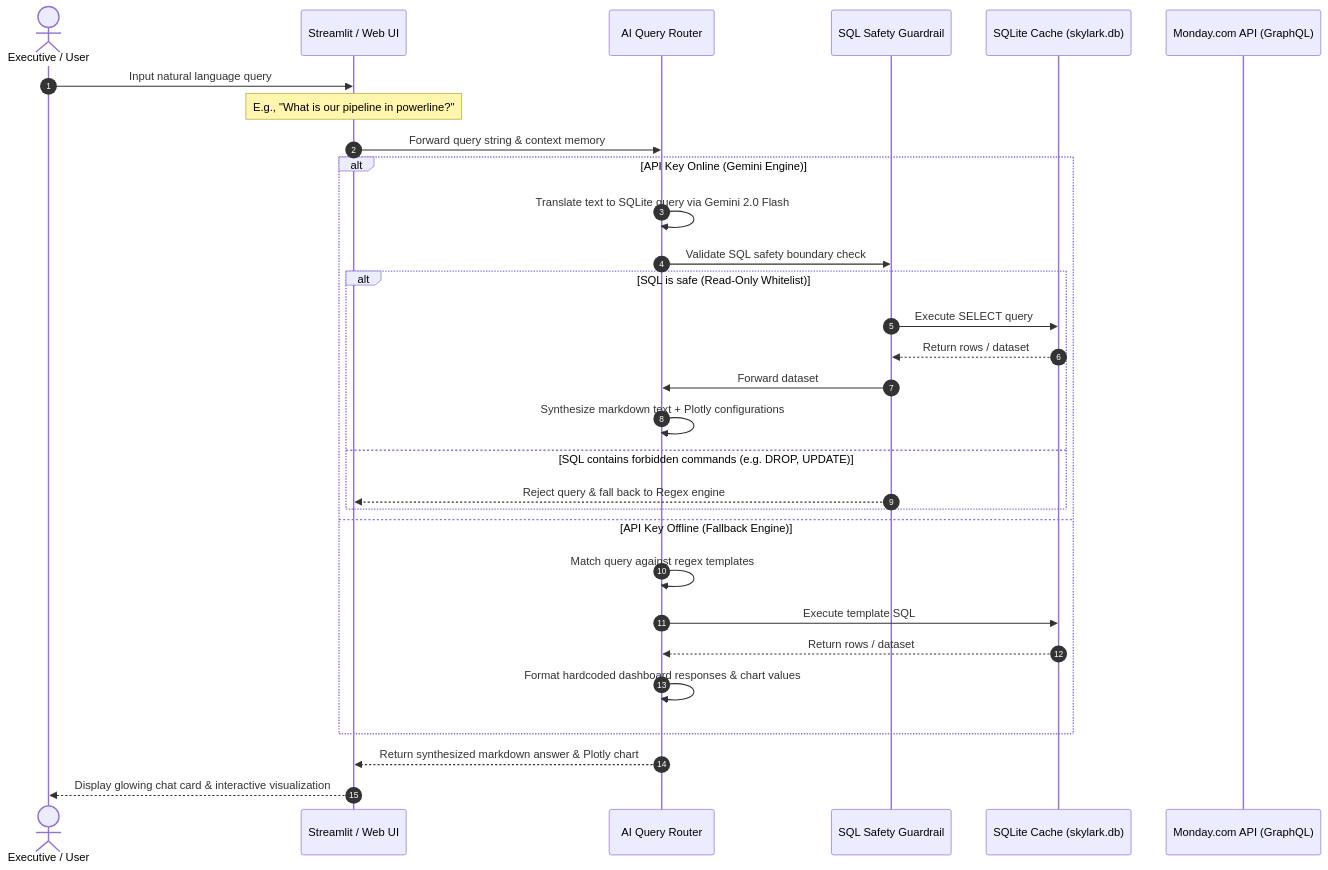
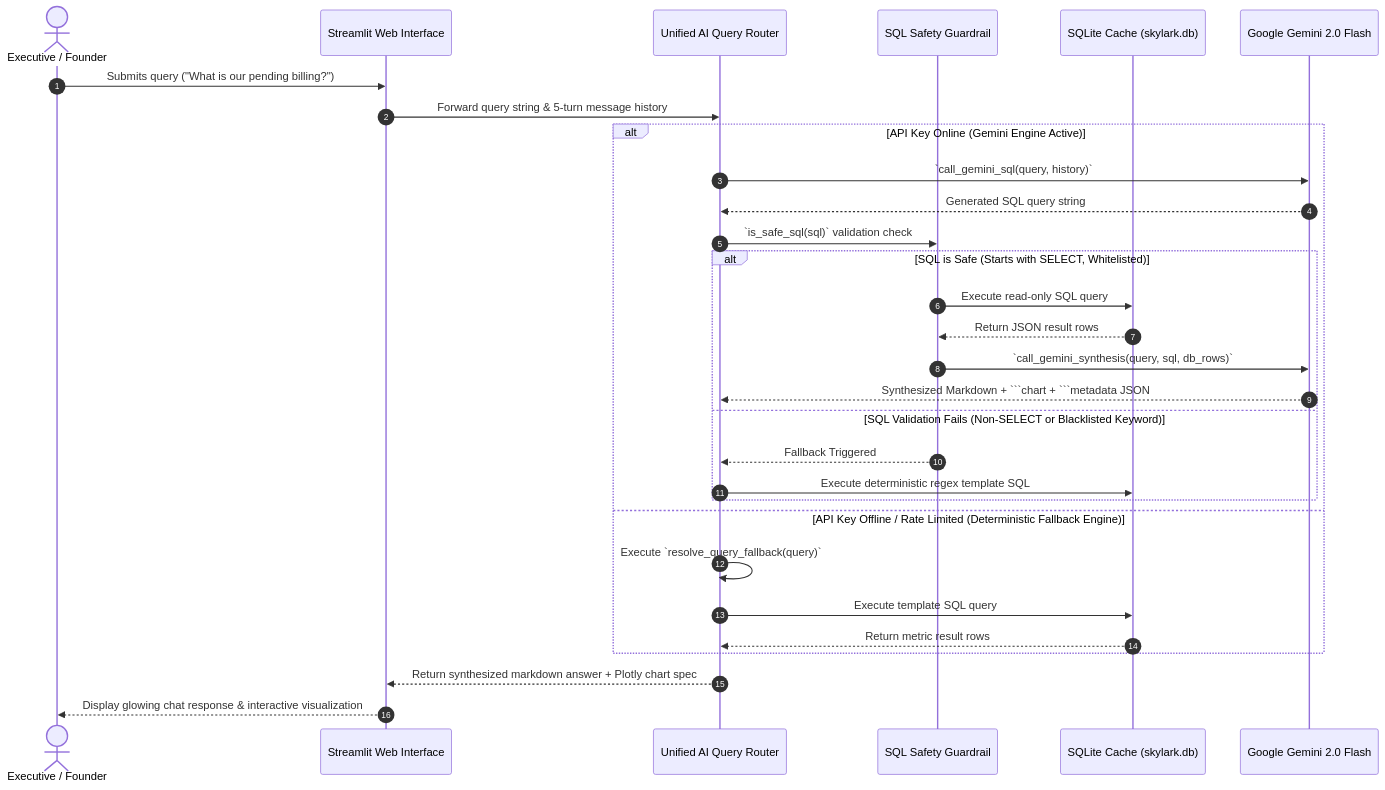
Before and after one commit to rohanrathod9740/Skylark-Task: the diagram in README.md, drawn with Mermaid. The commit also changed other lines of this file and 2 other files, not shown here.

Commit message:
docs: add senior engineering README, ARCHITECTURE.md, and DECISION_LOG.md with Stripe/Vercel-level technical depth, Mermaid diagrams, and explicit trade-offs

````diff
--- a/README.md
+++ b/README.md
@@ -45,35 +55,36 @@
 ```mermaid
 sequenceDiagram
     autonumber
-    actor Executive as Executive / User
-    participant UI as Streamlit / Web UI
-    participant Router as AI Query Router
+    actor Executive as Executive / Founder
+    participant UI as Streamlit Web Interface
+    participant Router as Unified AI Query Router
     participant Safety as SQL Safety Guardrail
     participant DB as SQLite Cache (skylark.db)
-    participant Monday as Monday.com API (GraphQL)
+    participant Gemini as Google Gemini 2.0 Flash
 
-    Executive->>UI: Input natural language query
-    Note over UI: E.g., "What is our pipeline in powerline?"
-    UI->>Router: Forward query string & context memory
+    Executive->>UI: Submits query ("What is our pending billing?")
+    UI->>Router: Forward query string & 5-turn message history
     
-    alt API Key Online (Gemini Engine)
-        Router->>Router: Translate text to SQLite query via Gemini 2.0 Flash
-        Router->>Safety: Validate SQL safety boundary check
-        alt SQL is safe (Read-Only Whitelist)
-            Safety->>DB: Execute SELECT query
-            DB-->>Safety: Return rows / dataset
-            Safety->>Router: Forward dataset
-            Router->>Router: Synthesize markdown text + Plotly configurations
-        else SQL contains forbidden commands (e.g. DROP, UPDATE)
-            Safety-->>UI: Reject query & fall back to Regex engine
+    alt API Key Online (Gemini Engine Active)
+        Router->>Gemini: `call_gemini_sql(query, history)`
+        Gemini-->>Router: Generated SQL query string
+        Router->>Safety: `is_safe_sql(sql)` validation check
+        
+        alt SQL is Safe (Starts with SELECT, Whitelisted)
+            Safety->>DB: Execute read-only SQL query
+            DB-->>Safety: Return JSON result rows
+            Safety->>Gemini: `call_gemini_synthesis(query, sql, db_rows)`
+            Gemini-->>Router: Synthesized Markdown + ```chart + ```metadata JSON
+        else SQL Validation Fails (Non-SELECT or Blacklisted Keyword)
+            Safety-->>Router: Fallback Triggered
+            Router->>DB: Execute deterministic regex template SQL
         end
-    else API Key Offline (Fallback Engine)
-        Router->>Router: Match query against regex templates
-        Router->>DB: Execute template SQL
-        DB-->>Router: Return rows / dataset
-        Router->>Router: Format hardcoded dashboard responses & chart values
+    else API Key Offline / Rate Limited (Deterministic Fallback Engine)
+        Router->>Router: Execute `resolve_query_fallback(query)`
+        Router->>DB: Execute template SQL query
+        DB-->>Router: Return metric result rows
     end
 
-    Router-->>UI: Return synthesized markdown answer & Plotly chart
-    UI-->>Executive: Display glowing chat card & interactive visualization
+    Router-->>UI: Return synthesized markdown answer + Plotly chart spec
+    UI-->>Executive: Display glowing chat response & interactive visualization
 ```
````
